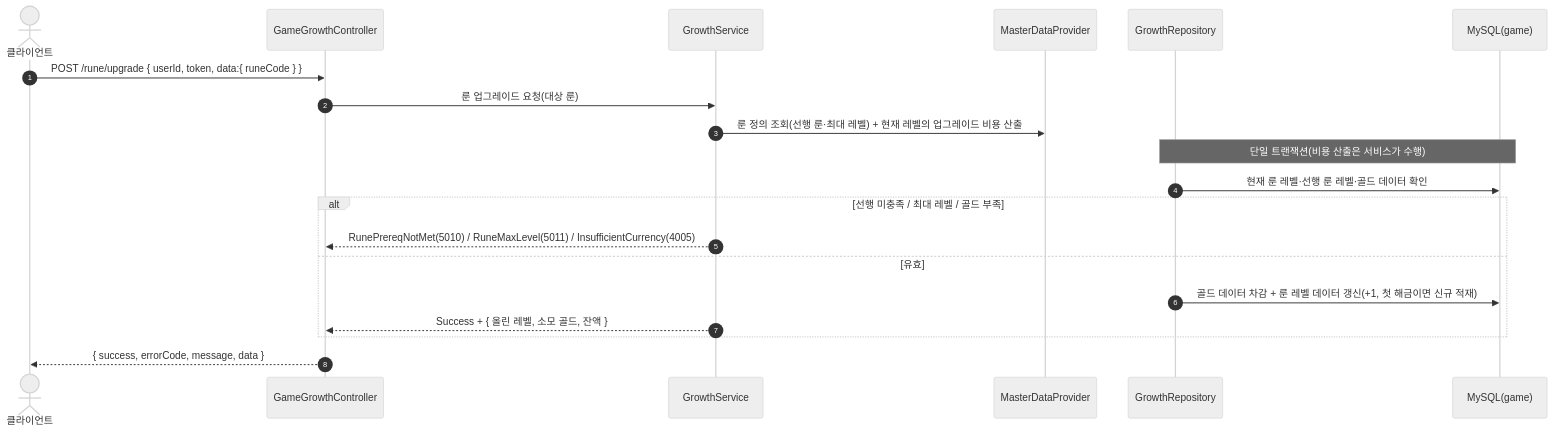
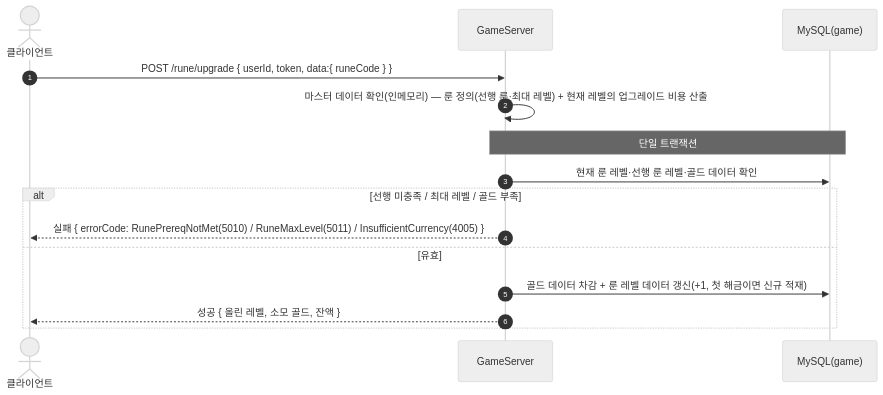
Before and after one commit to ks-wook/com2us-taskbar-hero: the fourth of 4 diagrams in SequenceDiagram/GameGrowthController.md, drawn with Mermaid (neutral theme). The commit also changed other lines of this file and 8 other files, not shown here.

Commit message:
시퀀스 다이어그램 수정

````diff
--- a/SequenceDiagram/GameGrowthController.md
+++ b/SequenceDiagram/GameGrowthController.md
@@ -91,23 +77,18 @@
 ```mermaid
 sequenceDiagram
     autonumber
     actor C as 클라이언트
-    participant Ctrl as GameGrowthController
-    participant Svc as GrowthService
-    participant MD as MasterDataProvider
-    participant Repo as GrowthRepository
+    participant S as GameServer
     participant DB as MySQL(game)
 
-    C->>Ctrl: POST /rune/upgrade { userId, token, data:{ runeCode } }
-    Ctrl->>Svc: 룬 업그레이드 요청(대상 룬)
-    Svc->>MD: 룬 정의 조회(선행 룬·최대 레벨) + 현재 레벨의 업그레이드 비용 산출
-    Note over Repo,DB: 단일 트랜잭션(비용 산출은 서비스가 수행)
-    Repo->>DB: 현재 룬 레벨·선행 룬 레벨·골드 데이터 확인
+    C->>S: POST /rune/upgrade { userId, token, data:{ runeCode } }
+    S->>S: 마스터 데이터 확인(인메모리) — 룬 정의(선행 룬·최대 레벨) + 현재 레벨의 업그레이드 비용 산출
+    Note over S,DB: 단일 트랜잭션
+    S->>DB: 현재 룬 레벨·선행 룬 레벨·골드 데이터 확인
     alt 선행 미충족 / 최대 레벨 / 골드 부족
-        Svc-->>Ctrl: RunePrereqNotMet(5010) / RuneMaxLevel(5011) / InsufficientCurrency(4005)
+        S-->>C: 실패 { errorCode: RunePrereqNotMet(5010) / RuneMaxLevel(5011) / InsufficientCurrency(4005) }
     else 유효
-        Repo->>DB: 골드 데이터 차감 + 룬 레벨 데이터 갱신(+1, 첫 해금이면 신규 적재)
-        Svc-->>Ctrl: Success + { 올린 레벨, 소모 골드, 잔액 }
+        S->>DB: 골드 데이터 차감 + 룬 레벨 데이터 갱신(+1, 첫 해금이면 신규 적재)
+        S-->>C: 성공 { 올린 레벨, 소모 골드, 잔액 }
     end
-    Ctrl-->>C: { success, errorCode, message, data }
 ```
````
